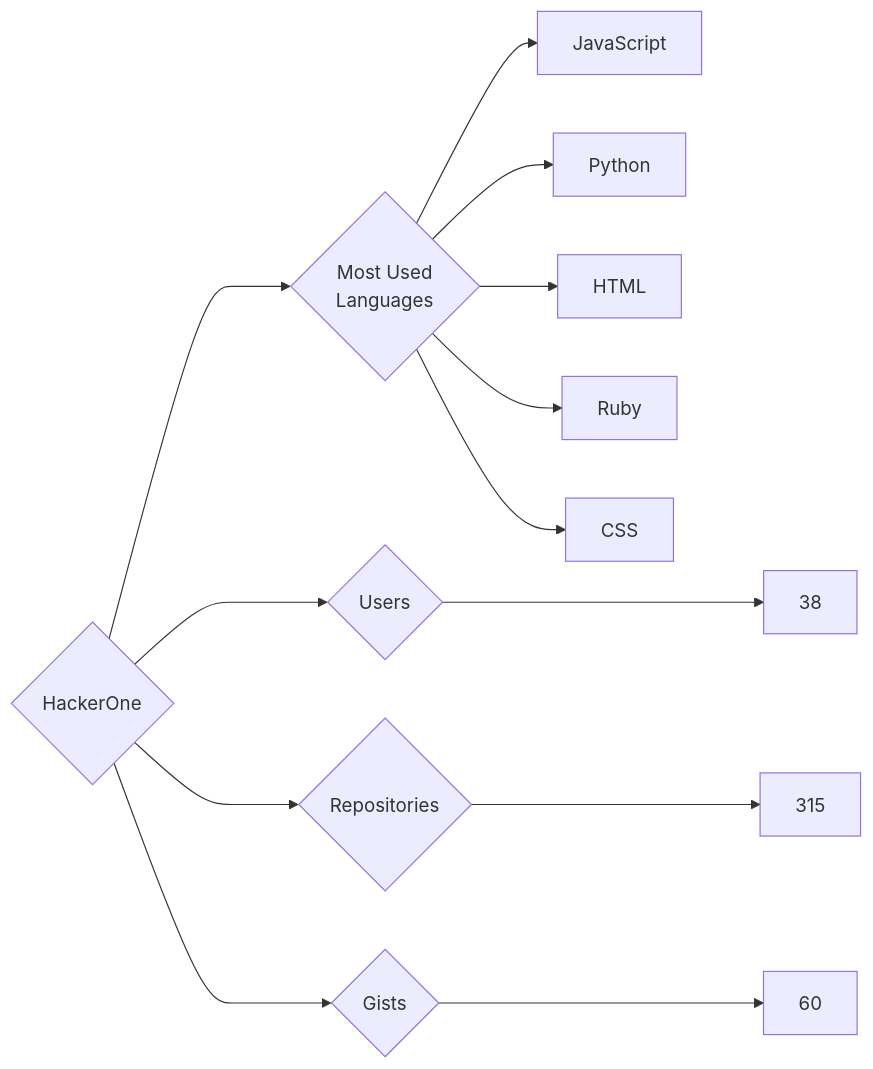
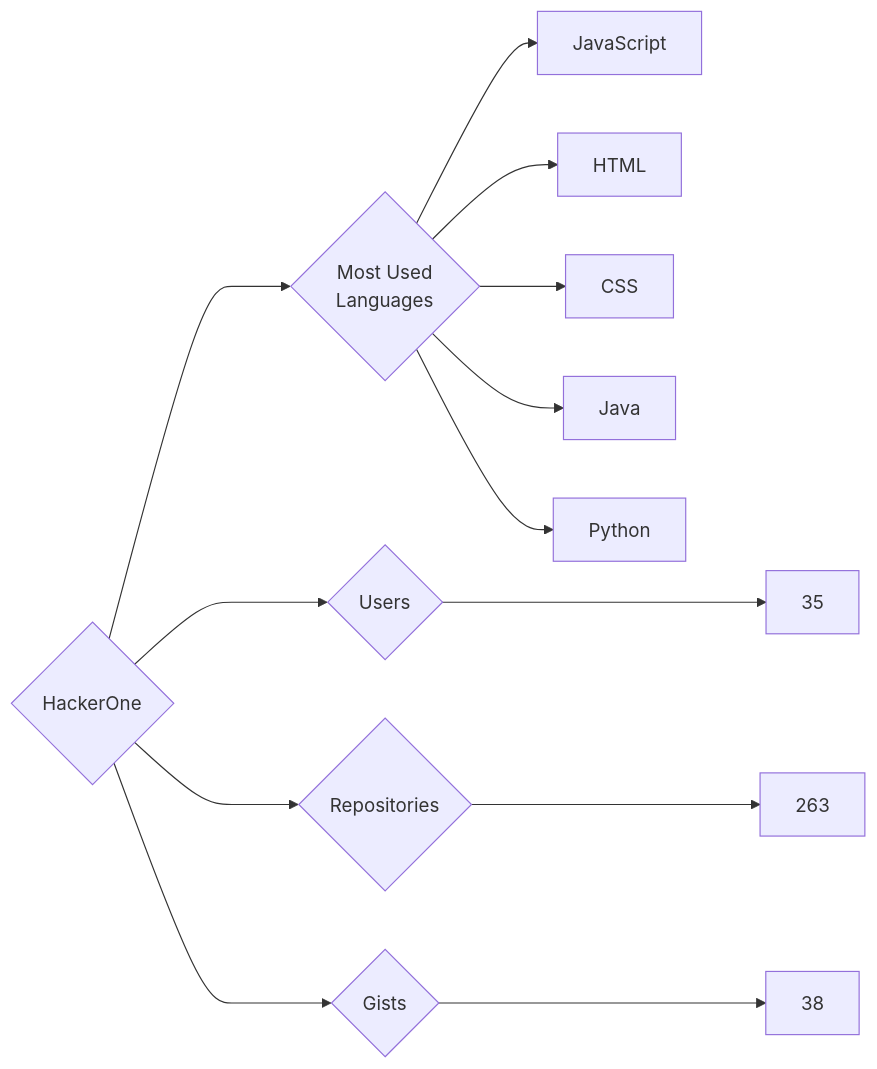
One commit to trickest/insiders changed the diagram in targets/HackerOne/README.md. Above: the diagram before and after it, drawn with Mermaid. The commit also changed 924 other files, not shown here.

````diff
--- a/targets/HackerOne/README.md
+++ b/targets/HackerOne/README.md
@@ -3,13 +3,13 @@
 ```mermaid
 graph LR
 COMPANY_NAME{HackerOne}
-COMPANY_NAME ---> U{Users} ---> UN[38]
-COMPANY_NAME ---> R{Repositories} ---> RN[315]
-COMPANY_NAME ---> G{Gists} ---> GN[60]
+COMPANY_NAME ---> U{Users} ---> UN[35]
+COMPANY_NAME ---> R{Repositories} ---> RN[263]
+COMPANY_NAME ---> G{Gists} ---> GN[38]
 COMPANY_NAME ---> ML{Most Used<br>Languages}
 ML --> JavaScript[JavaScript]
+ML --> HTML[HTML]
+ML --> CSS[CSS]
+ML --> Java[Java]
 ML --> Python[Python]
-ML --> HTML[HTML]
-ML --> Ruby[Ruby]
-ML --> CSS[CSS]
 ```
````
